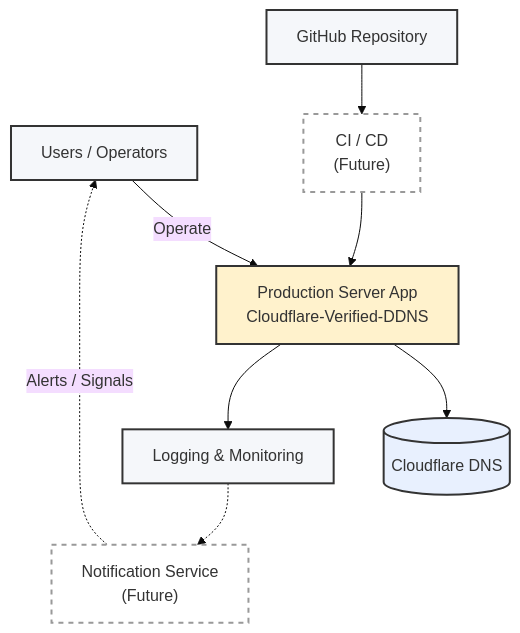
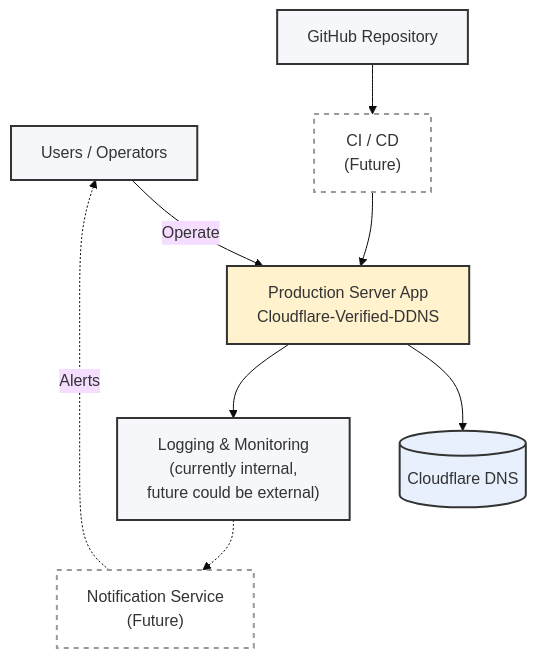
One commit to bkaewell/cloudflare-verified-ddns changed the first of 12 diagrams in docs/ARCHITECTURE.md. Above: the diagram before and after it, drawn with Mermaid (base theme).

Commit message:
Experimenting with mermaid diagrams

````diff
--- a/docs/ARCHITECTURE.md
+++ b/docs/ARCHITECTURE.md
@@ -4,34 +4,34 @@
 ```mermaid
 flowchart TB
     %% Nodes (declare humans early for visual priority)
     USERS[Users / Operators]
     REPO[GitHub Repository]
     CICD["CI / CD<br/>(Future)"]
     APP[Production Server App<br/>Cloudflare-Verified-DDNS]
     CF[(Cloudflare DNS)]
-    LOGS[Logging & Monitoring]
+    LOGS["Logging & Monitoring<br/>(currently internal,<br/> future could be external)"]
     NOTIFY["Notification Service<br/>(Future)"]
 
     %% Core Flow
     USERS -->|Operate| APP
 
     REPO --> CICD
     CICD --> APP
     APP --> CF
     APP --> LOGS
 
     %% Observability & Feedback
     LOGS -.-> NOTIFY
-    NOTIFY -.->|Alerts / Signals| USERS
+    NOTIFY -.->|Alerts| USERS
 
     %% Styling
     classDef core fill:#fff2cc,stroke:#333,stroke-width:2px;
     classDef neutral fill:#f5f7fa,stroke:#333,stroke-width:2px;
     classDef cloud fill:#e8f0fe,stroke:#333,stroke-width:2px;
     classDef future fill:#ffffff,stroke:#999,stroke-width:2px,stroke-dasharray: 5 5;
 
     class APP core;
     class REPO,USERS,LOGS neutral;
     class CF cloud;
     class CICD,NOTIFY future;
 ```
````
